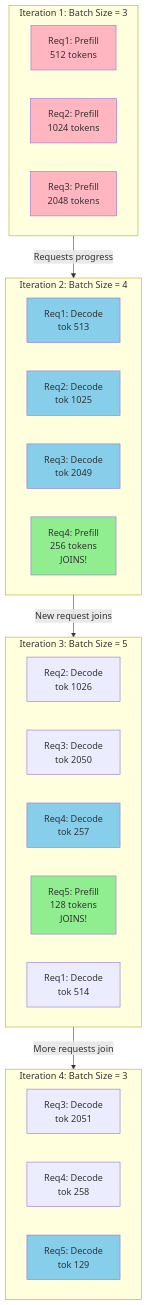
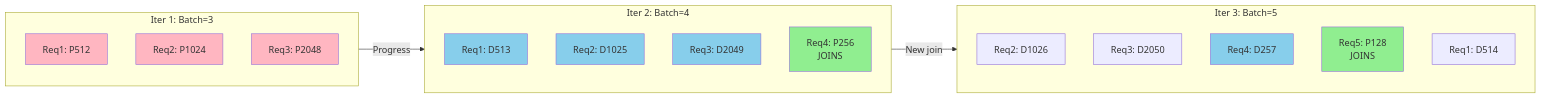
One commit to gopikrishtummala/gopikrishtummala.github.io changed the second of 7 diagrams in src/data/blog/mlops/life-of-a-tensor-production-inference.md. Above: the diagram before and after it, drawn with Mermaid.

Commit message:
Make continuous batching diagram more compact
- Change from vertical (TB) to horizontal (LR) layout
- Shorten labels: P for Prefill, D for Decode
- Remove one iteration to reduce height
- More compact subgraph titles
- Reduces vertical space while maintaining clarity

````diff
--- a/src/data/blog/mlops/life-of-a-tensor-production-inference.md
+++ b/src/data/blog/mlops/life-of-a-tensor-production-inference.md
@@ -179,44 +179,36 @@
 ```mermaid
-flowchart TB
-    subgraph Iter1["Iteration 1: Batch Size = 3"]
-        R1A[Req1: Prefill<br/>512 tokens]
-        R2A[Req2: Prefill<br/>1024 tokens]
-        R3A[Req3: Prefill<br/>2048 tokens]
+flowchart LR
+    subgraph Iter1["Iter 1: Batch=3"]
+        R1A[Req1: P512]
+        R2A[Req2: P1024]
+        R3A[Req3: P2048]
     end
     
-    subgraph Iter2["Iteration 2: Batch Size = 4"]
-        R1B[Req1: Decode<br/>tok 513]
-        R2B[Req2: Decode<br/>tok 1025]
-        R3B[Req3: Decode<br/>tok 2049]
-        R4A[Req4: Prefill<br/>256 tokens<br/>JOINS!]
+    subgraph Iter2["Iter 2: Batch=4"]
+        R1B[Req1: D513]
+        R2B[Req2: D1025]
+        R3B[Req3: D2049]
+        R4A[Req4: P256<br/>JOINS]
     end
     
-    subgraph Iter3["Iteration 3: Batch Size = 5"]
-        R2C[Req2: Decode<br/>tok 1026]
-        R3C[Req3: Decode<br/>tok 2050]
-        R4B[Req4: Decode<br/>tok 257]
-        R5A[Req5: Prefill<br/>128 tokens<br/>JOINS!]
-        R1C[Req1: Decode<br/>tok 514]
+    subgraph Iter3["Iter 3: Batch=5"]
+        R2C[Req2: D1026]
+        R3C[Req3: D2050]
+        R4B[Req4: D257]
+        R5A[Req5: P128<br/>JOINS]
+        R1C[Req1: D514]
     end
     
-    subgraph Iter4["Iteration 4: Batch Size = 3"]
-        R3D[Req3: Decode<br/>tok 2051]
-        R4C[Req4: Decode<br/>tok 258]
-        R5B[Req5: Decode<br/>tok 129]
-    end
-    
-    Iter1 -->|Requests progress| Iter2
-    Iter2 -->|New request joins| Iter3
-    Iter3 -->|More requests join| Iter4
+    Iter1 -->|Progress| Iter2
+    Iter2 -->|New join| Iter3
     
     style R4A fill:#90EE90
     style R5A fill:#90EE90
     style R1A fill:#FFB6C1
     style R2A fill:#FFB6C1
     style R3A fill:#FFB6C1
     style R1B fill:#87CEEB
     style R2B fill:#87CEEB
     style R3B fill:#87CEEB
     style R4B fill:#87CEEB
-    style R5B fill:#87CEEB
 ```
````
